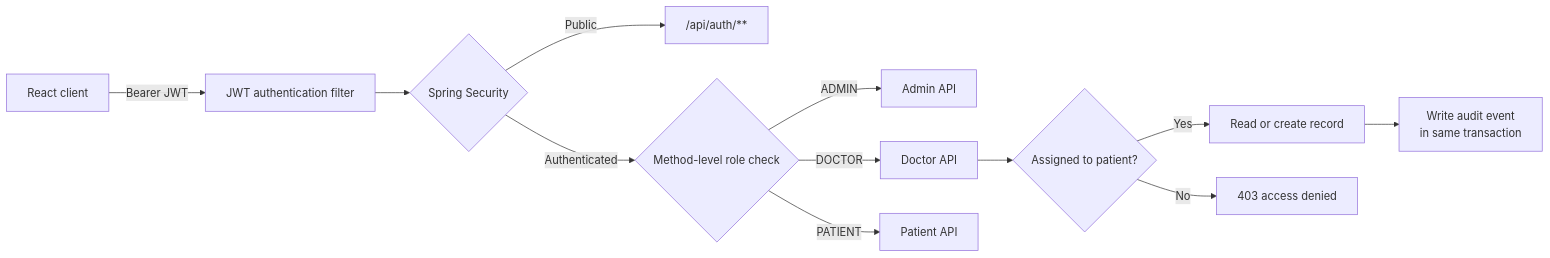
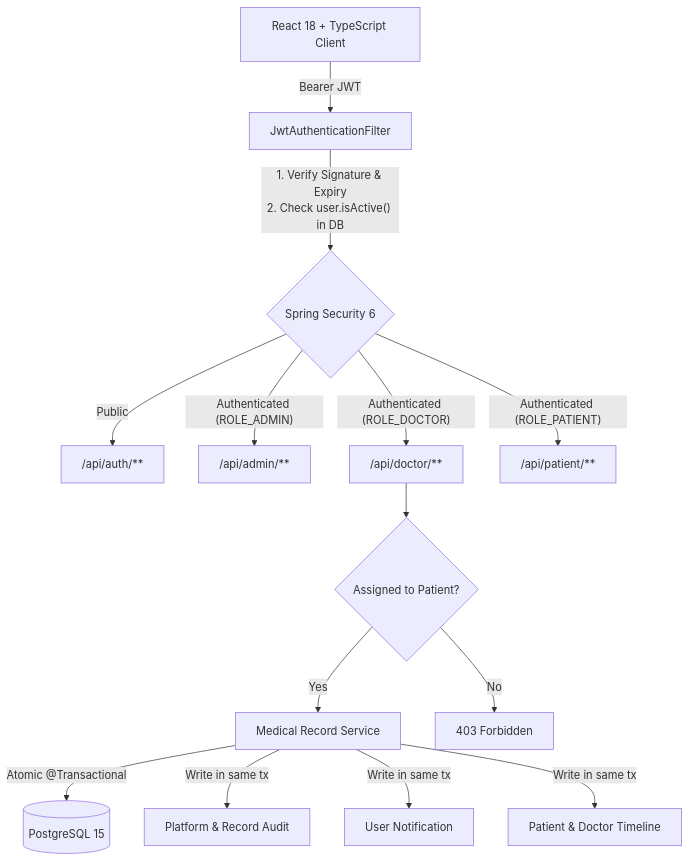
One commit to 0-YuvrajSingh/MedVault changed the diagram in README.md. Above: the diagram before and after it, drawn with Mermaid. The commit also changed other lines of this file and 56 other files, not shown here.

````diff
--- a/README.md
+++ b/README.md
@@ -19,14 +20,18 @@
 ```mermaid
-flowchart LR
-    Client["React client"] -->|"Bearer JWT"| Filter["JWT authentication filter"]
-    Filter --> Rules{"Spring Security"}
-    Rules -->|"Public"| Auth["/api/auth/**"]
-    Rules -->|"Authenticated"| Role{"Method-level role check"}
-    Role -->|"ADMIN"| Admin["Admin API"]
-    Role -->|"DOCTOR"| Doctor["Doctor API"]
-    Role -->|"PATIENT"| Patient["Patient API"]
-    Doctor --> Assignment{"Assigned to patient?"}
-    Assignment -->|"Yes"| Record["Read or create record"]
-    Assignment -->|"No"| Deny["403 access denied"]
-    Record --> Audit["Write audit event\nin same transaction"]
+flowchart TB
+    Client["React 18 + TypeScript Client"] -->|"Bearer JWT"| Filter["JwtAuthenticationFilter"]
+    Filter -->|"1. Verify Signature & Expiry\n2. Check user.isActive() in DB"| Security{"Spring Security 6"}
+    Security -->|"Public"| AuthController["/api/auth/**"]
+    Security -->|"Authenticated (ROLE_ADMIN)"| AdminAPI["/api/admin/**"]
+    Security -->|"Authenticated (ROLE_DOCTOR)"| DoctorAPI["/api/doctor/**"]
+    Security -->|"Authenticated (ROLE_PATIENT)"| PatientAPI["/api/patient/**"]
+    
+    DoctorAPI --> AssignmentCheck{"Assigned to Patient?"}
+    AssignmentCheck -->|"Yes"| RecordService["Medical Record Service"]
+    AssignmentCheck -->|"No"| Forbidden["403 Forbidden"]
+    
+    RecordService -->|"Atomic @Transactional"| DB[("PostgreSQL 15")]
+    RecordService -->|"Write in same tx"| AuditLog["Platform & Record Audit"]
+    RecordService -->|"Write in same tx"| Notifications["User Notification"]
+    RecordService -->|"Write in same tx"| Timeline["Patient & Doctor Timeline"]
 ```
````
